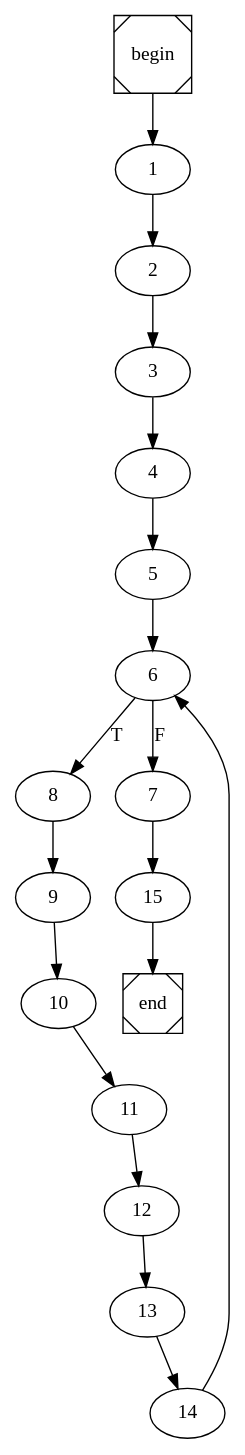
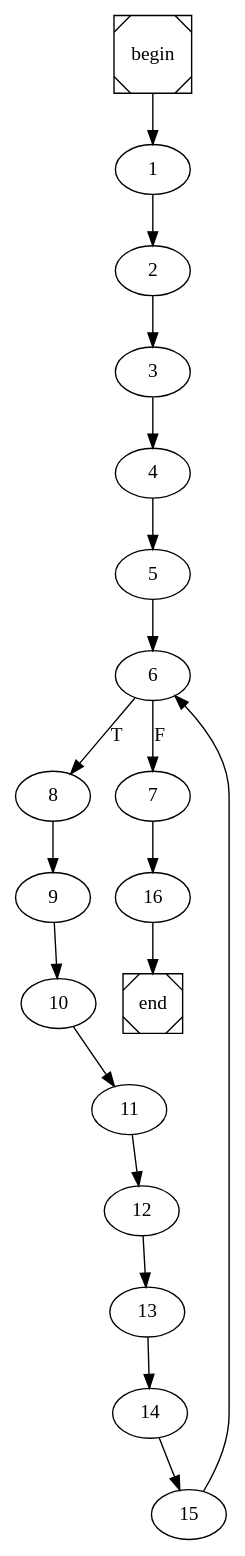
One commit to arubenruben/JMM-Compiler changed the diagram in slice_int_arr_int_int.dot. Above: the diagram before and after it, drawn with Graphviz. The commit also changed 11 other files, not shown here.

```diff
--- a/slice_int_arr_int_int.dot
+++ b/slice_int_arr_int_int.dot
@@ -1,4 +1,4 @@
 digraph cfg {
 	begin [shape=Msquare];
 	end [shape=Msquare];
-	begin -> 1;	1 -> 2;	2 -> 3;	3 -> 4;	4 -> 5;	5 -> 6;	6 -> 8[label=T];	6 -> 7[label=F];	7 -> 15;	8 -> 9;	9 -> 10;	10 -> 11;	11 -> 12;	12 -> 13;	13 -> 14;	14 -> 6;	15 -> end;}
+	begin -> 1;	1 -> 2;	2 -> 3;	3 -> 4;	4 -> 5;	5 -> 6;	6 -> 8[label=T];	6 -> 7[label=F];	7 -> 16;	8 -> 9;	9 -> 10;	10 -> 11;	11 -> 12;	12 -> 13;	13 -> 14;	14 -> 15;	15 -> 6;	16 -> end;}
```
